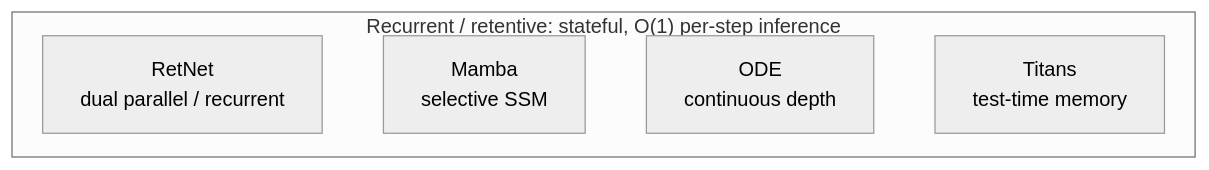
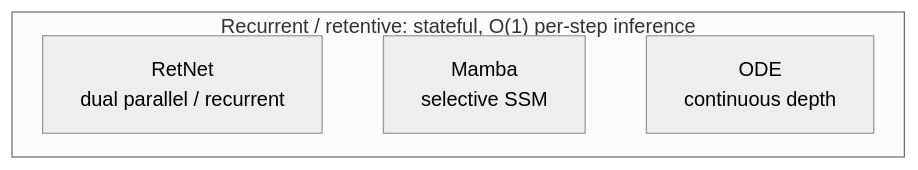
One commit to erickfmm/frankenstein-transformer changed the diagram in docs/paper/figures/recurrent-map.mmd. Above: the diagram before and after it, drawn with Mermaid. The commit also changed 172 other files, not shown here.

```diff
--- a/docs/paper/figures/recurrent-map.mmd
+++ b/docs/paper/figures/recurrent-map.mmd
@@ -1,9 +1,8 @@
 %%{init: {"theme":"neutral","flowchart":{"curve":"basis","nodeSpacing":18,"rankSpacing":24,"useMaxWidth":false,"wrappingWidth":240}}}%%
 flowchart TD
   subgraph recurrent["Recurrent / retentive: stateful, O(1) per-step inference"]
     retnet["RetNet<br/>dual parallel / recurrent"]
     mamba["Mamba<br/>selective SSM"]
     ode["ODE<br/>continuous depth"]
-    titans["Titans<br/>test-time memory"]
-    retnet ~~~ mamba ~~~ ode ~~~ titans
+    retnet ~~~ mamba ~~~ ode
   end
```
